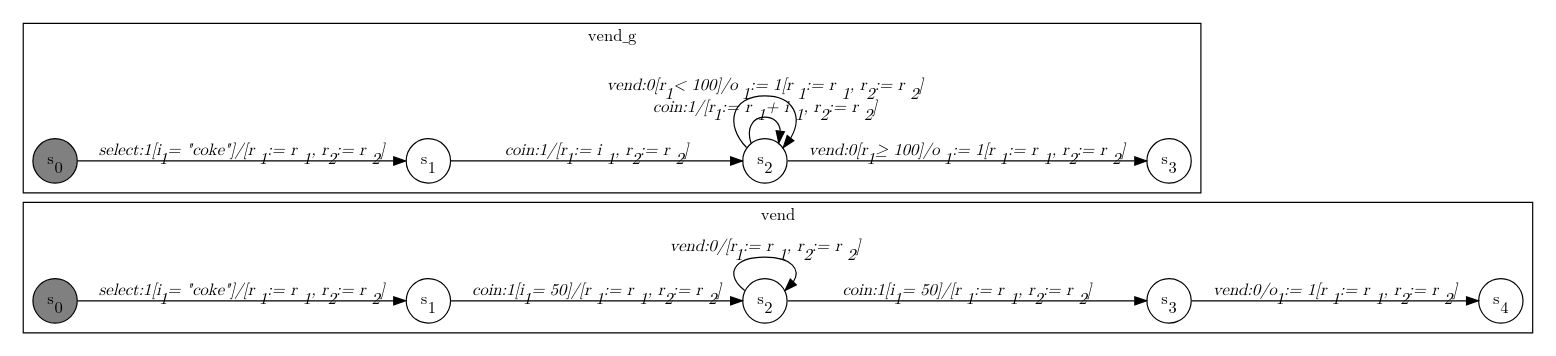
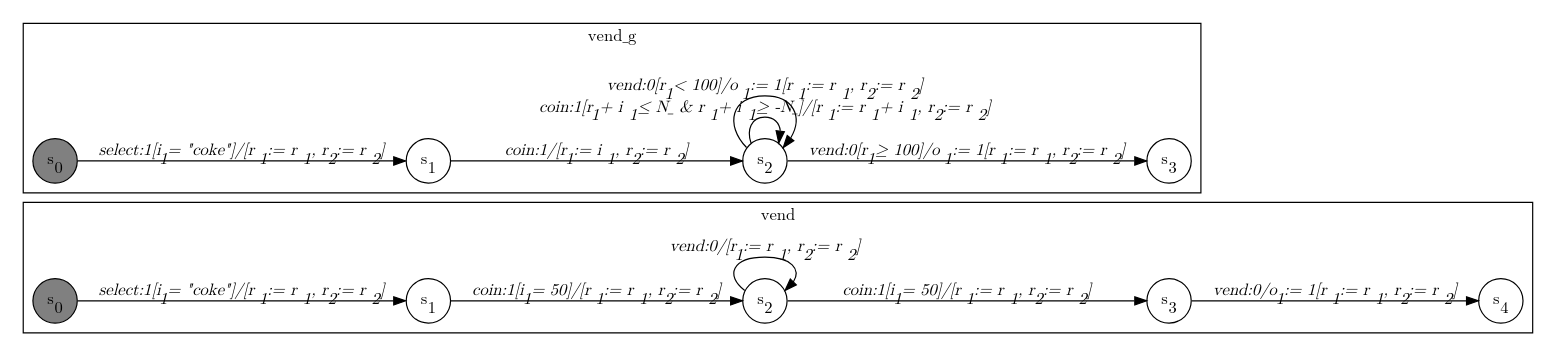
Before and after one commit to jmafoster1/efsm-sal: the diagram in dotfiles/Generalisation.dot, drawn with Graphviz. The commit also changed 51 other files, not shown here.

```diff
--- a/dotfiles/Generalisation.dot
+++ b/dotfiles/Generalisation.dot
@@ -1,36 +1,36 @@
 digraph Generalisation{
     graph [rankdir="LR", fontname="Latin Modern Math"];
     node [color="black", fillcolor="white", shape="circle", style="filled", fontname="Latin Modern Math"];
     edge [fontname="Latin Modern Math"];
 
   subgraph cluster_1 {
     label = "vend";
 
     s0a[fillcolor="gray", label=<s<sub>0</sub>>];
     s1a[label=<s<sub>1</sub>>];
     s2a[label=<s<sub>2</sub>>];
     s3a[label=<s<sub>3</sub>>];
     s4a[label=<s<sub>4</sub>>];
 
     s0a->s1a[label=<<i>select:1&#91;i<sub>1</sub> = "coke"&#93;/&#91;r<sub>1</sub> := r<sub>1</sub>, r<sub>2</sub> := r<sub>2</sub>&#93;</i>>];
     s1a->s2a[label=<<i>coin:1&#91;i<sub>1</sub> = 50&#93;/&#91;r<sub>1</sub> := r<sub>1</sub>, r<sub>2</sub> := r<sub>2</sub>&#93;</i>>];
     s2a->s3a[label=<<i>coin:1&#91;i<sub>1</sub> = 50&#93;/&#91;r<sub>1</sub> := r<sub>1</sub>, r<sub>2</sub> := r<sub>2</sub>&#93;</i>>];
     s3a->s4a[label=<<i>vend:0/o<sub>1</sub> := 1&#91;r<sub>1</sub> := r<sub>1</sub>, r<sub>2</sub> := r<sub>2</sub>&#93;</i>>];
     s2a->s2a[label=<<i>vend:0/&#91;r<sub>1</sub> := r<sub>1</sub>, r<sub>2</sub> := r<sub>2</sub>&#93;</i>>];
   }
 
   subgraph cluster_2 {
     label = "vend_g";
 
     s0b[fillcolor="gray", label=<s<sub>0</sub>>];
     s1b[label=<s<sub>1</sub>>];
     s2b[label=<s<sub>2</sub>>];
     s3b[label=<s<sub>3</sub>>];
 
     s0b->s1b[label=<<i>select:1&#91;i<sub>1</sub> = "coke"&#93;/&#91;r<sub>1</sub> := r<sub>1</sub>, r<sub>2</sub> := r<sub>2</sub>&#93;</i>>];
     s1b->s2b[label=<<i>coin:1/&#91;r<sub>1</sub> := i<sub>1</sub>, r<sub>2</sub> := r<sub>2</sub>&#93;</i>>];
-    s2b->s2b[label=<<i>coin:1/&#91;r<sub>1</sub> := r<sub>1</sub> + i<sub>1</sub>, r<sub>2</sub> := r<sub>2</sub>&#93;</i>>];
+    s2b->s2b[label=<<i>coin:1&#91;r<sub>1</sub> + i<sub>1</sub> &le; N_ &amp; r<sub>1</sub> + i<sub>1</sub> &ge; -N_&#93;/&#91;r<sub>1</sub> := r<sub>1</sub> + i<sub>1</sub>, r<sub>2</sub> := r<sub>2</sub>&#93;</i>>];
     s2b->s3b[label=<<i>vend:0&#91;r<sub>1</sub> &ge; 100&#93;/o<sub>1</sub> := 1&#91;r<sub>1</sub> := r<sub>1</sub>, r<sub>2</sub> := r<sub>2</sub>&#93;</i>>];
     s2b->s2b[label=<<i>vend:0&#91;r<sub>1</sub> &lt; 100&#93;/o<sub>1</sub> := 1&#91;r<sub>1</sub> := r<sub>1</sub>, r<sub>2</sub> := r<sub>2</sub>&#93;</i>>];
   }
 }
```
